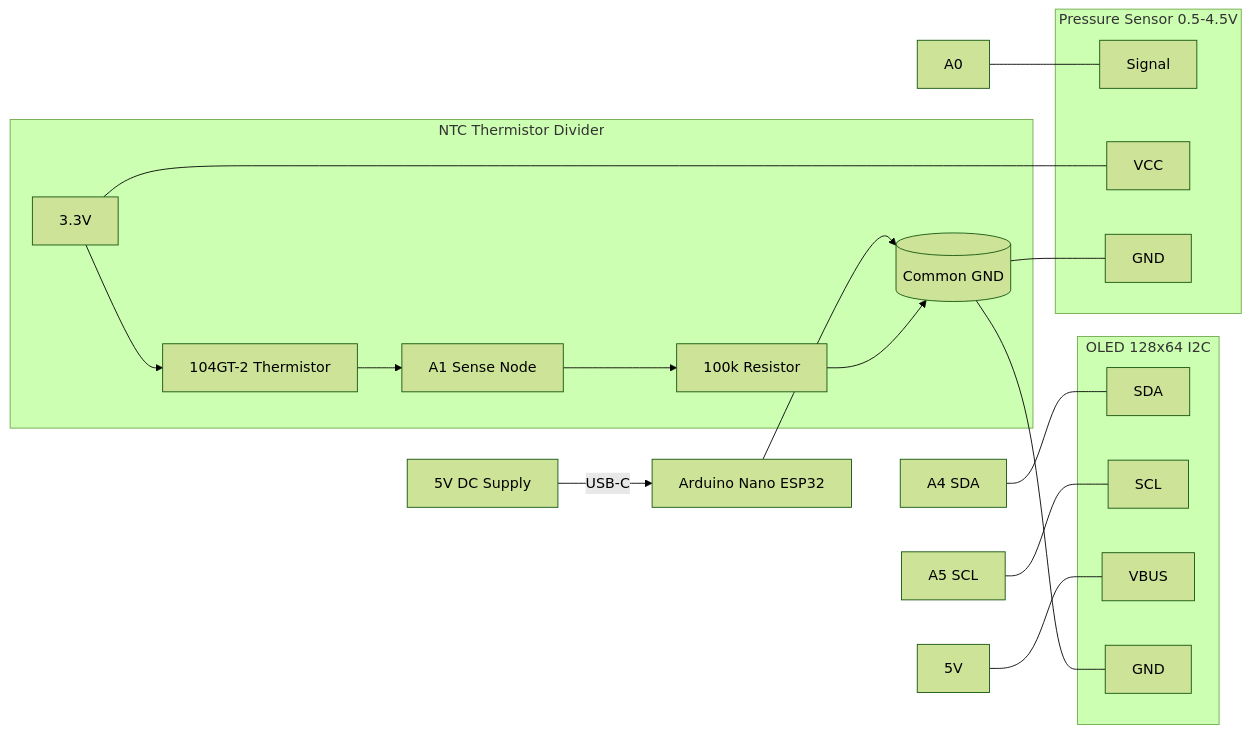
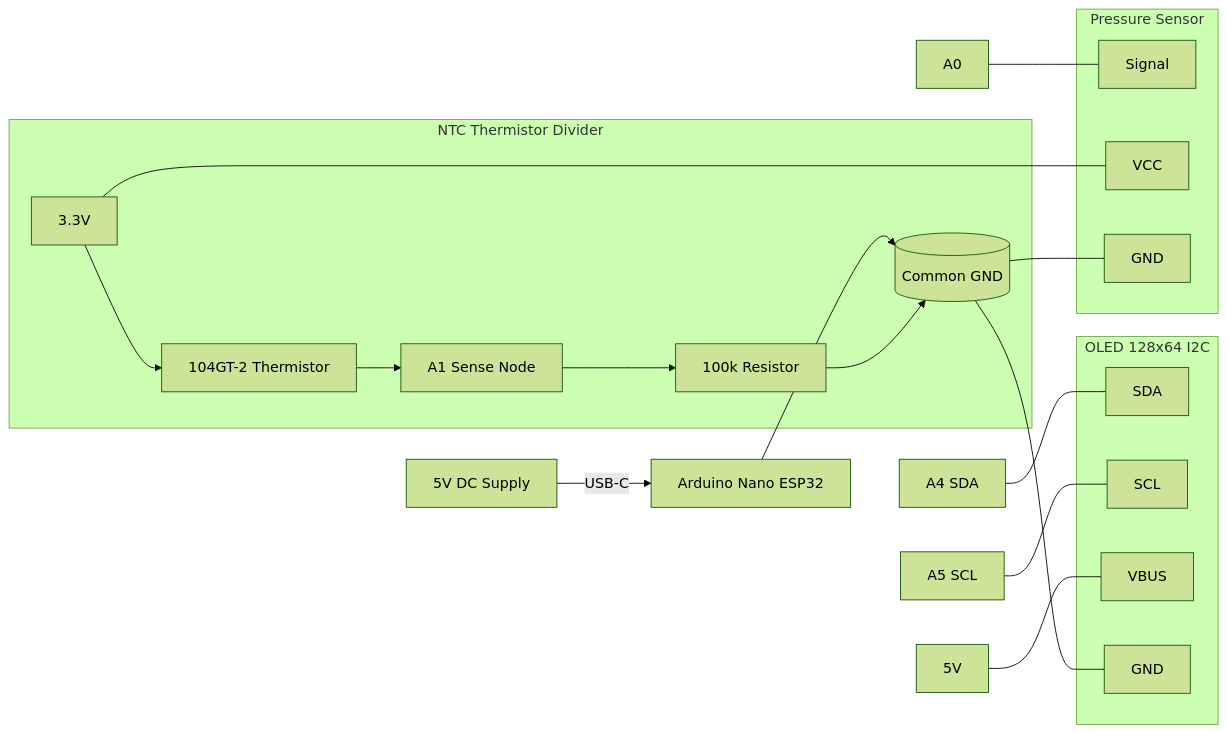
Before and after one commit to gereonwildermann/Dedicuino: the diagram in hardware/WIRING_DIAGRAM.md, drawn with Mermaid (forest theme). The commit also changed other lines of this file, not shown here.

Commit message:
Update WIRING_DIAGRAM.md to refine pressure sensor and OLED component descriptions

````diff
--- a/hardware/WIRING_DIAGRAM.md
+++ b/hardware/WIRING_DIAGRAM.md
@@ -28,34 +28,34 @@
 ```mermaid
 flowchart LR
     PS[5V DC Supply] -->|USB-C| NANO[Arduino Nano ESP32]
     NANO --> GND[(Common GND)]
 
     subgraph OLED[OLED 128x64 I2C]
       O_SDA[SDA]
       O_SCL[SCL]
       O_VCC[VBUS]
       O_GND[GND]
     end
 
     A4[A4 SDA] --- O_SDA
     A5[A5 SCL] --- O_SCL
     V5[5V] --- O_VCC
     GND --- O_GND
 
-    subgraph PRESS[Pressure Sensor 0.5-4.5V]
+    subgraph PRESS[Pressure Sensor]
       P_OUT[Signal]
       P_VCC[VCC]
       P_GND[GND]
     end
 
     A0[A0] --- P_OUT
     V33[3.3V] --- P_VCC
     GND --- P_GND
 
     subgraph TEMP[NTC Thermistor Divider]
       V33 --> TH[104GT-2 Thermistor]
       TH --> A1[A1 Sense Node]
       A1 --> R100[100k Resistor]
       R100 --> GND
     end
 ```
````
